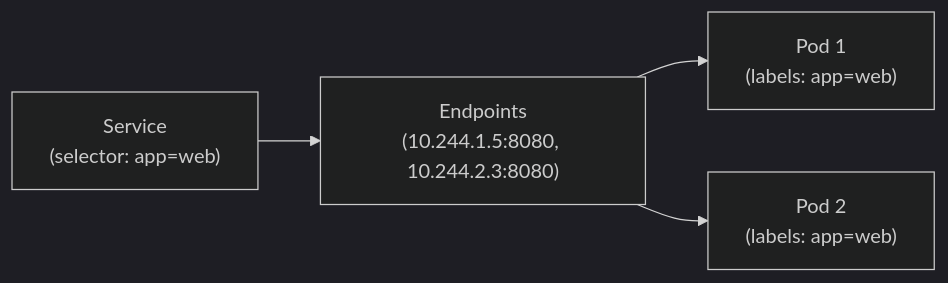
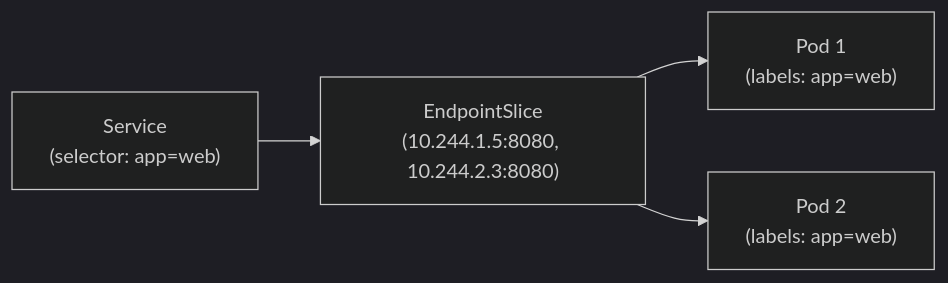
One commit to DevDooly/TIL changed the diagram in docs/Infrastructure/Kubernetes/CKA/Services.md. Above: the diagram before and after it, drawn with Mermaid (dark theme). The commit also changed other lines of this file and 26 other files, not shown here.

````diff
--- a/docs/Infrastructure/Kubernetes/CKA/Services.md
+++ b/docs/Infrastructure/Kubernetes/CKA/Services.md
@@ -49,6 +53,6 @@
 ```mermaid
 flowchart LR
-    SVC["Service<br>(selector: app=web)"] --> EP["Endpoints<br>(10.244.1.5:8080, 10.244.2.3:8080)"]
+    SVC["Service<br>(selector: app=web)"] --> EP["EndpointSlice<br>(10.244.1.5:8080, 10.244.2.3:8080)"]
     EP --> Pod1["Pod 1<br>(labels: app=web)"]
     EP --> Pod2["Pod 2<br>(labels: app=web)"]
 ```
````
